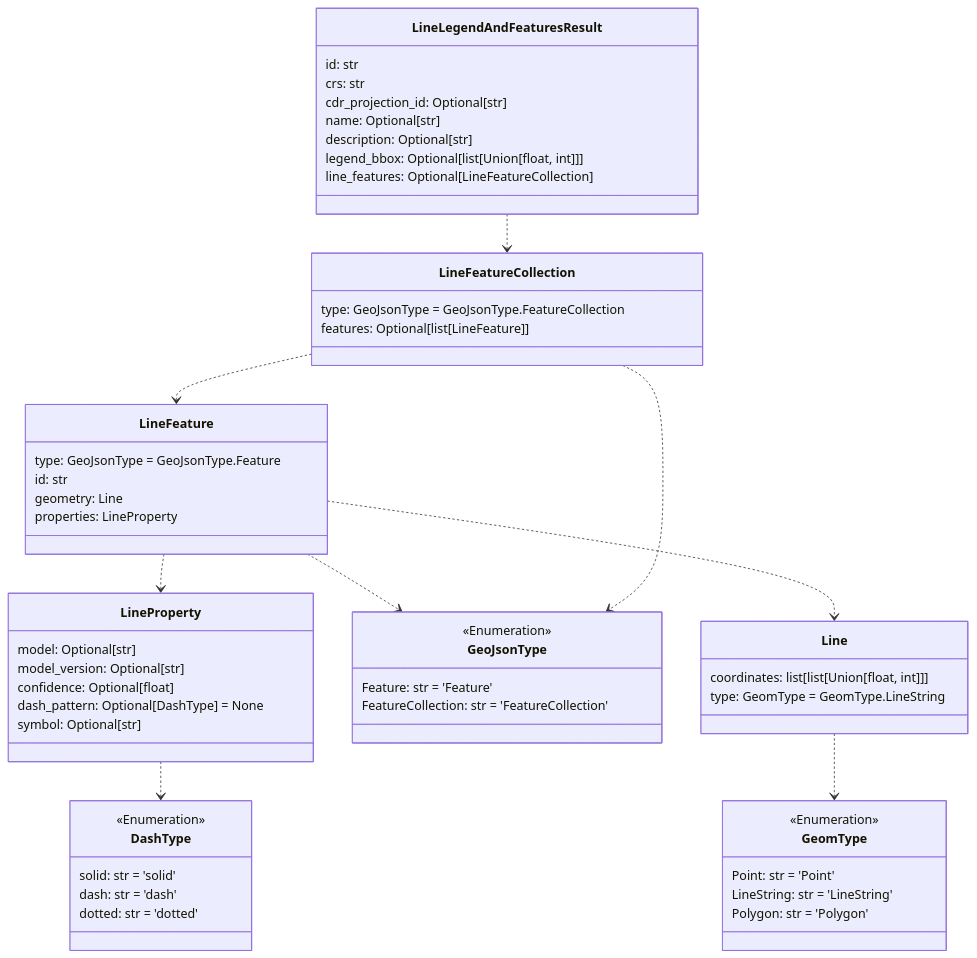
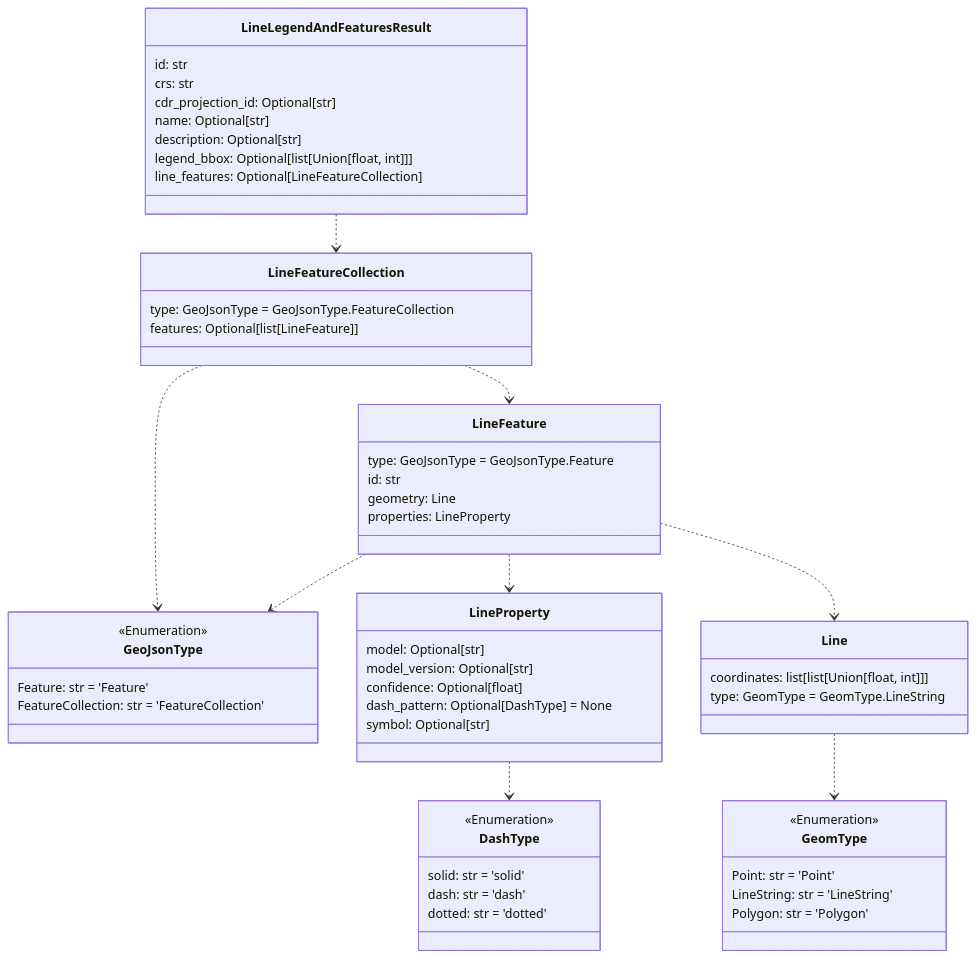
The sixth of 12 diagrams in README.md (DARPA-CRITICALMAAS/cdr_schemas), drawn with Mermaid before and after one commit. The commit also changed other lines of this file and 2 other files, not shown here.

````diff
--- a/README.md
+++ b/README.md
@@ -411,69 +412,69 @@
 ```mermaid
 classDiagram
-
-    class Line {
-        coordinates: list[list[Union[float, int]]]
-        type: GeomType = GeomType.LineString
-    }
 
     class GeomType {
         <<Enumeration>>
         Point: str = 'Point'
         LineString: str = 'LineString'
         Polygon: str = 'Polygon'
+    }
+
+    class LineProperty {
+        model: Optional[str]
+        model_version: Optional[str]
+        confidence: Optional[float]
+        dash_pattern: Optional[DashType] = None
+        symbol: Optional[str]
     }
 
     class LineLegendAndFeaturesResult {
         id: str
         crs: str
         cdr_projection_id: Optional[str]
         name: Optional[str]
         description: Optional[str]
         legend_bbox: Optional[list[Union[float, int]]]
         line_features: Optional[LineFeatureCollection]
     }
 
+    class DashType {
+        <<Enumeration>>
+        solid: str = 'solid'
+        dash: str = 'dash'
+        dotted: str = 'dotted'
+    }
+
     class GeoJsonType {
         <<Enumeration>>
         Feature: str = 'Feature'
         FeatureCollection: str = 'FeatureCollection'
     }
 
-    class DashType {
-        <<Enumeration>>
-        solid: str = 'solid'
-        dash: str = 'dash'
-        dotted: str = 'dotted'
+    class LineFeatureCollection {
+        type: GeoJsonType = GeoJsonType.FeatureCollection
+        features: Optional[list[LineFeature]]
     }
 
     class LineFeature {
         type: GeoJsonType = GeoJsonType.Feature
         id: str
         geometry: Line
         properties: LineProperty
     }
 
-    class LineFeatureCollection {
-        type: GeoJsonType = GeoJsonType.FeatureCollection
-        features: Optional[list[LineFeature]]
-    }
-
-    class LineProperty {
-        model: Optional[str]
-        model_version: Optional[str]
-        confidence: Optional[float]
-        dash_pattern: Optional[DashType] = None
-        symbol: Optional[str]
+    class Line {
+        coordinates: list[list[Union[float, int]]]
+        type: GeomType = GeomType.LineString
     }
 
     Line ..> GeomType
     LineProperty ..> DashType
+    LineFeature ..> GeoJsonType
     LineFeature ..> LineProperty
-    LineFeature ..> GeoJsonType
     LineFeature ..> Line
     LineFeatureCollection ..> GeoJsonType
     LineFeatureCollection ..> LineFeature
     LineLegendAndFeaturesResult ..> LineFeatureCollection
 
 
 ```
````
